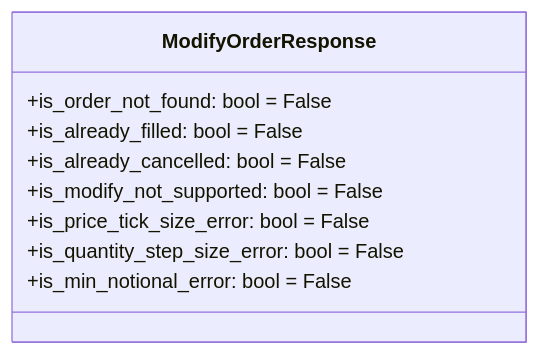
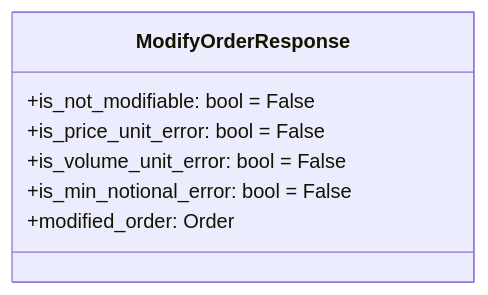
Before and after one commit to gatesplan/python-toolbox: the fourth of 15 diagrams in packages/financial-assets/financial_assets/response/Architecture.md, drawn with Mermaid. The commit also changed other lines of this file and 1 other file, not shown here.

````diff
--- a/packages/financial-assets/financial_assets/response/Architecture.md
+++ b/packages/financial-assets/financial_assets/response/Architecture.md
@@ -195,12 +195,10 @@
 ```mermaid
 classDiagram
     class ModifyOrderResponse {
-        +is_order_not_found: bool = False
-        +is_already_filled: bool = False
-        +is_already_cancelled: bool = False
-        +is_modify_not_supported: bool = False
-        +is_price_tick_size_error: bool = False
-        +is_quantity_step_size_error: bool = False
+        +is_not_modifiable: bool = False
+        +is_price_unit_error: bool = False
+        +is_volume_unit_error: bool = False
         +is_min_notional_error: bool = False
+        +modified_order: Order
     }
 ```
````
